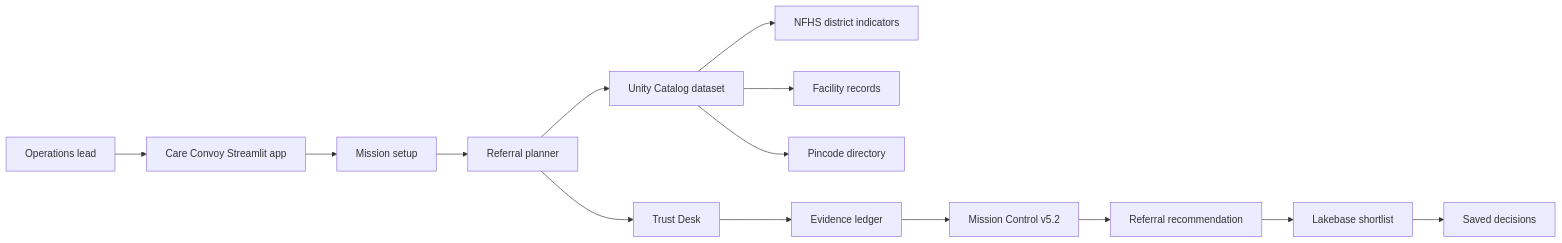
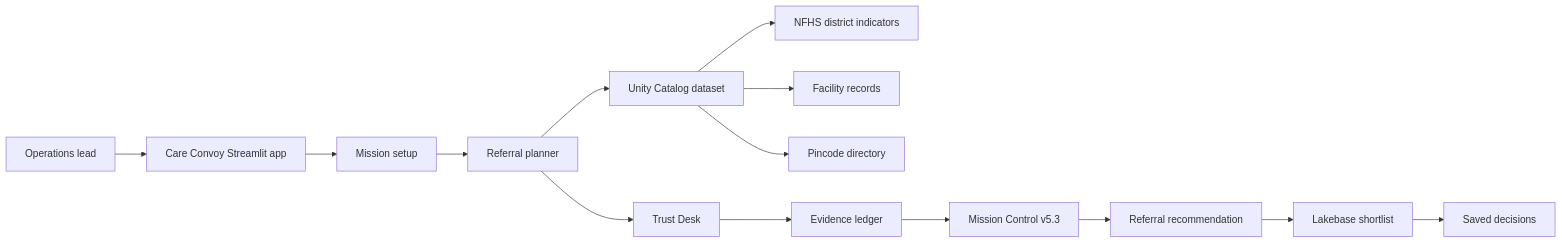
One commit to Pingying-Chen/DAIS-hackathon-2026 changed the diagram in README.md. Above: the diagram before and after it, drawn with Mermaid. The commit also changed other lines of this file and 17 other files, not shown here.

Commit message:
Add v5.3 Mission Control release evaluation gates.

````diff
--- a/README.md
+++ b/README.md
@@ -71,18 +71,18 @@
 ```mermaid
 flowchart LR
     user["Operations lead"] --> app["Care Convoy Streamlit app"]
     app --> setup["Mission setup"]
     setup --> planner["Referral planner"]
 
     planner --> uc["Unity Catalog dataset"]
     uc --> nfhs["NFHS district indicators"]
     uc --> facilities["Facility records"]
     uc --> pincodes["Pincode directory"]
 
     planner --> trust["Trust Desk"]
     trust --> evidence["Evidence ledger"]
-    evidence --> board["Mission Control v5.2"]
+    evidence --> board["Mission Control v5.3"]
     board --> packet["Referral recommendation"]
     packet --> lakebase["Lakebase shortlist"]
     lakebase --> saved["Saved decisions"]
 ```
````
